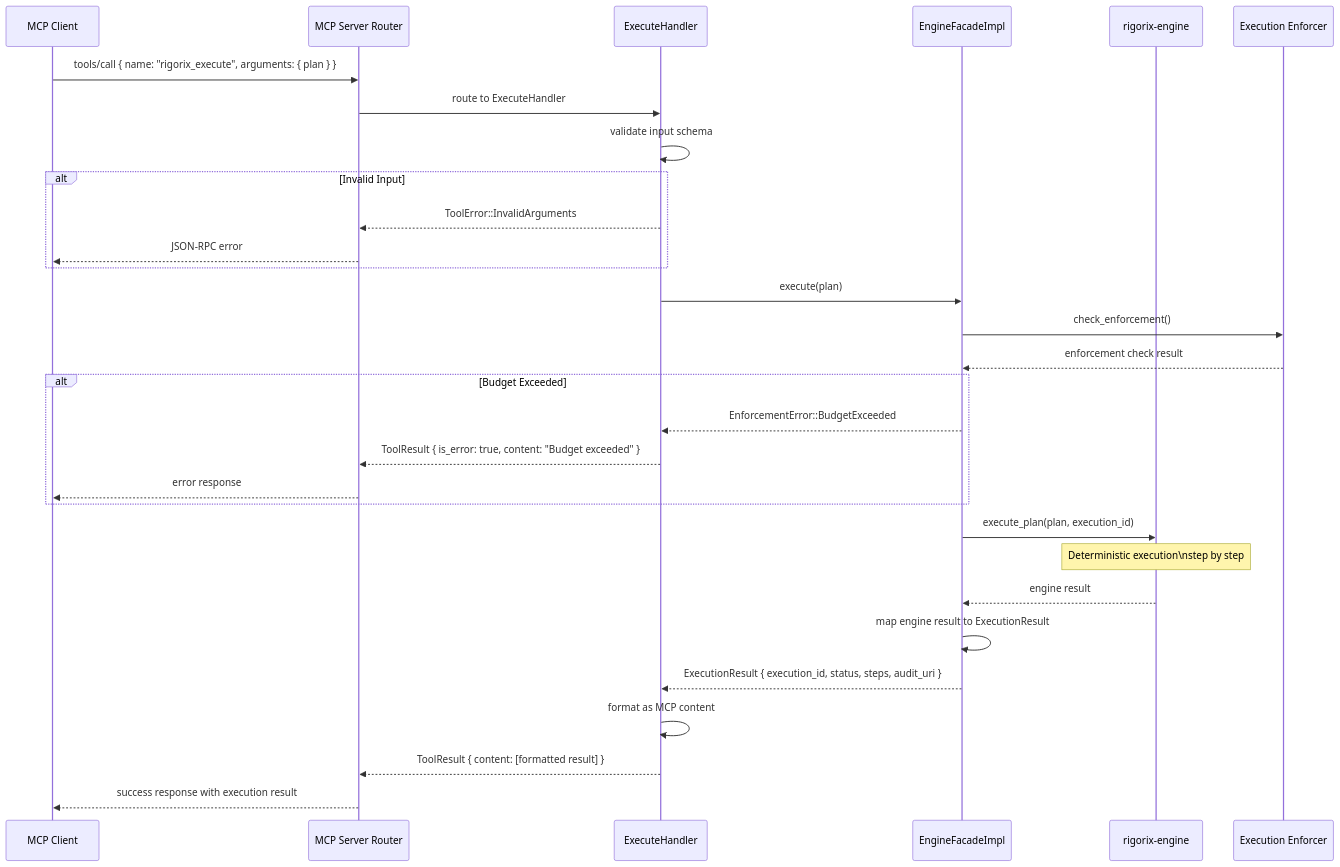
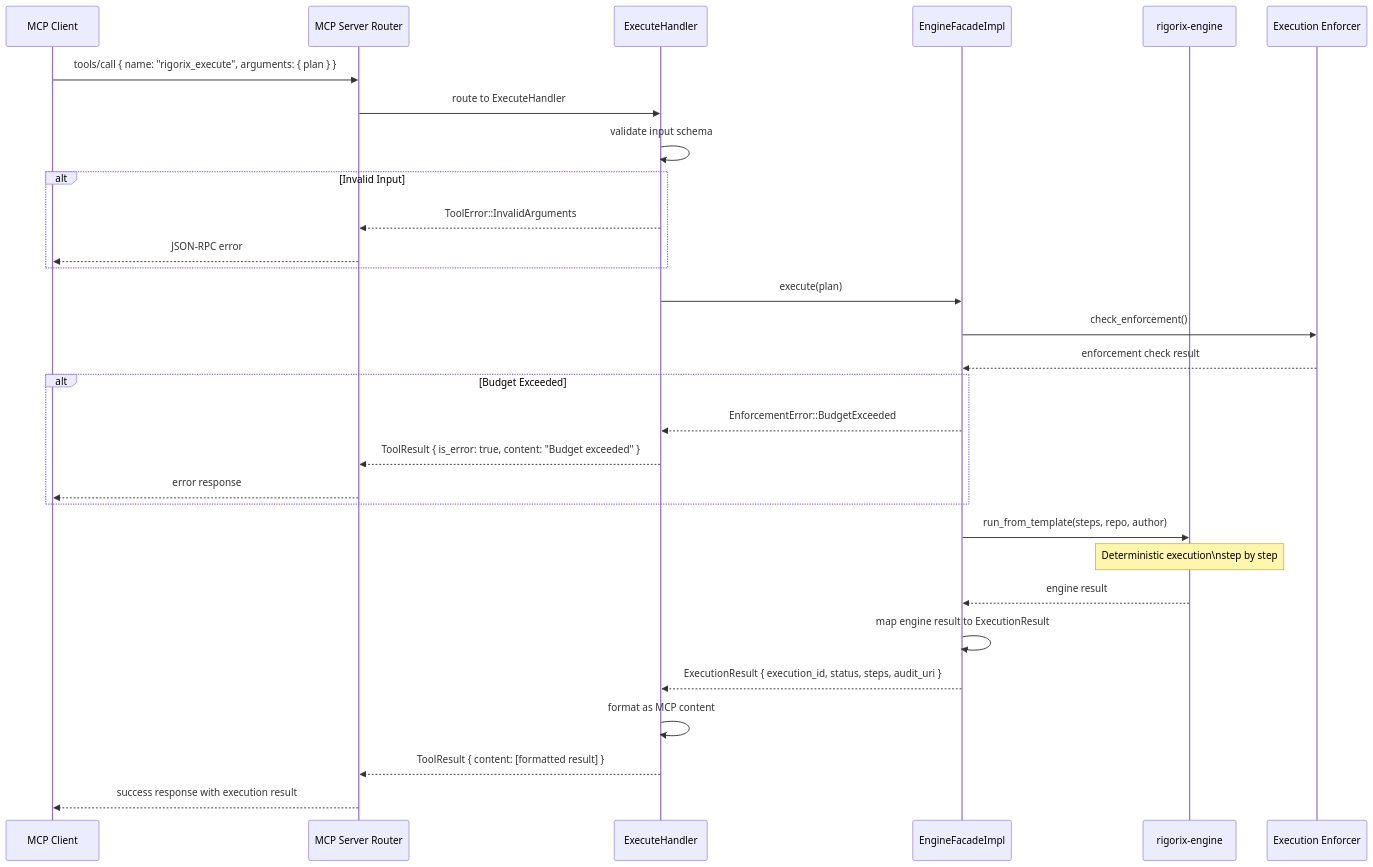
The fourth of 4 diagrams in mcp/.pi/architecture/modules/execution-tools.md (arman-jalili/rigorix-oss), drawn with Mermaid before and after one commit. The commit also changed other lines of this file and 27 other files, not shown here.

First line of the commit message:
feat(mcp): complete MCP implementation — execution tools, enterprise proxy, audit, template tools

````diff
--- a/mcp/.pi/architecture/modules/execution-tools.md
+++ b/mcp/.pi/architecture/modules/execution-tools.md
@@ -223,41 +225,41 @@
 ```mermaid
 sequenceDiagram
     participant Client as MCP Client
     participant MCP as MCP Server Router
     participant Handler as ExecuteHandler
     participant Facade as EngineFacadeImpl
     participant Engine as rigorix-engine
     participant Enforcer as Execution Enforcer
 
     Client->>MCP: tools/call { name: "rigorix_execute", arguments: { plan } }
     MCP->>Handler: route to ExecuteHandler
 
     Handler->>Handler: validate input schema
 
     alt Invalid Input
         Handler-->>MCP: ToolError::InvalidArguments
         MCP-->>Client: JSON-RPC error
     end
 
     Handler->>Facade: execute(plan)
 
     Facade->>Enforcer: check_enforcement()
     Enforcer-->>Facade: enforcement check result
 
     alt Budget Exceeded
         Facade-->>Handler: EnforcementError::BudgetExceeded
         Handler-->>MCP: ToolResult { is_error: true, content: "Budget exceeded" }
         MCP-->>Client: error response
     end
 
-    Facade->>Engine: execute_plan(plan, execution_id)
+    Facade->>Engine: run_from_template(steps, repo, author)
     Note over Engine: Deterministic execution\nstep by step
     Engine-->>Facade: engine result
 
     Facade->>Facade: map engine result to ExecutionResult
     Facade-->>Handler: ExecutionResult { execution_id, status, steps, audit_uri }
 
     Handler->>Handler: format as MCP content
     Handler-->>MCP: ToolResult { content: [formatted result] }
     MCP-->>Client: success response with execution result
 ```
````
